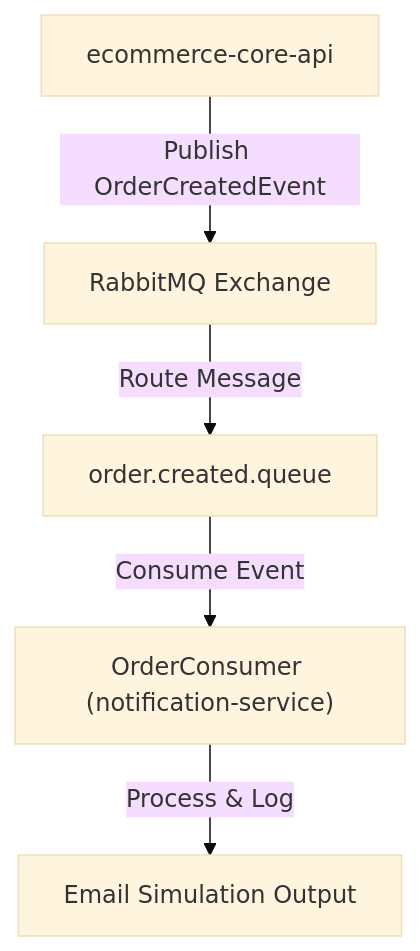
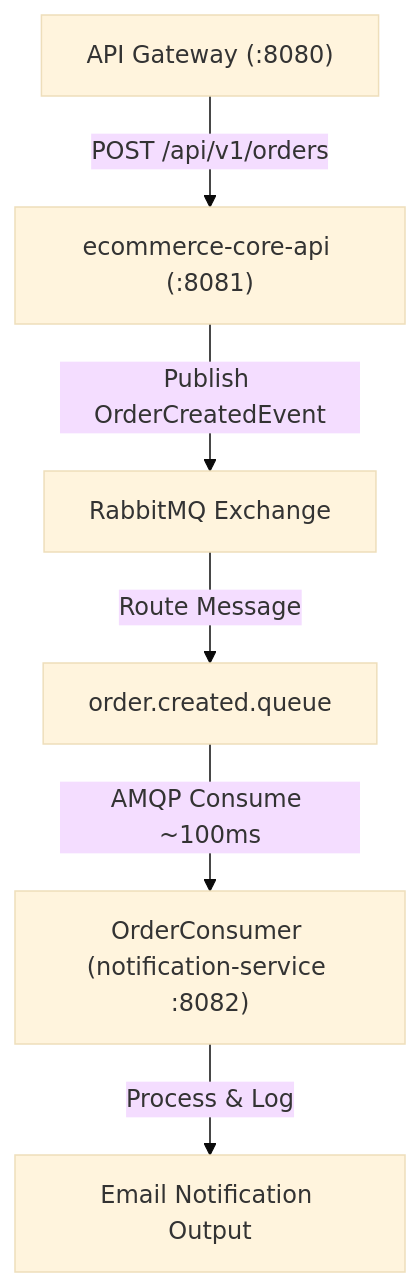
Before and after one commit to yusufkayiss/notification-service: the first of 2 diagrams in README.md, drawn with Mermaid (base theme). The commit also changed other lines of this file, not shown here.

First line of the commit message:
Enhance README with service and tech details

````diff
--- a/README.md
+++ b/README.md
@@ -23,7 +31,8 @@
 ```mermaid
 graph TD
-    CoreAPI["ecommerce-core-api"] -->|Publish OrderCreatedEvent| Exchange["RabbitMQ Exchange"]
+    Gateway["API Gateway (:8080)"] -->|POST /api/v1/orders| CoreAPI["ecommerce-core-api (:8081)"]
+    CoreAPI -->|Publish OrderCreatedEvent| Exchange["RabbitMQ Exchange"]
     Exchange -->|Route Message| Queue["order.created.queue"]
-    Queue -->|Consume Event| Consumer["OrderConsumer (notification-service)"]
-    Consumer -->|Process & Log| Email["Email Simulation Output"]
+    Queue -->|AMQP Consume ~100ms| Consumer["OrderConsumer (notification-service :8082)"]
+    Consumer -->|Process & Log| Email["Email Notification Output"]
 ```
````
